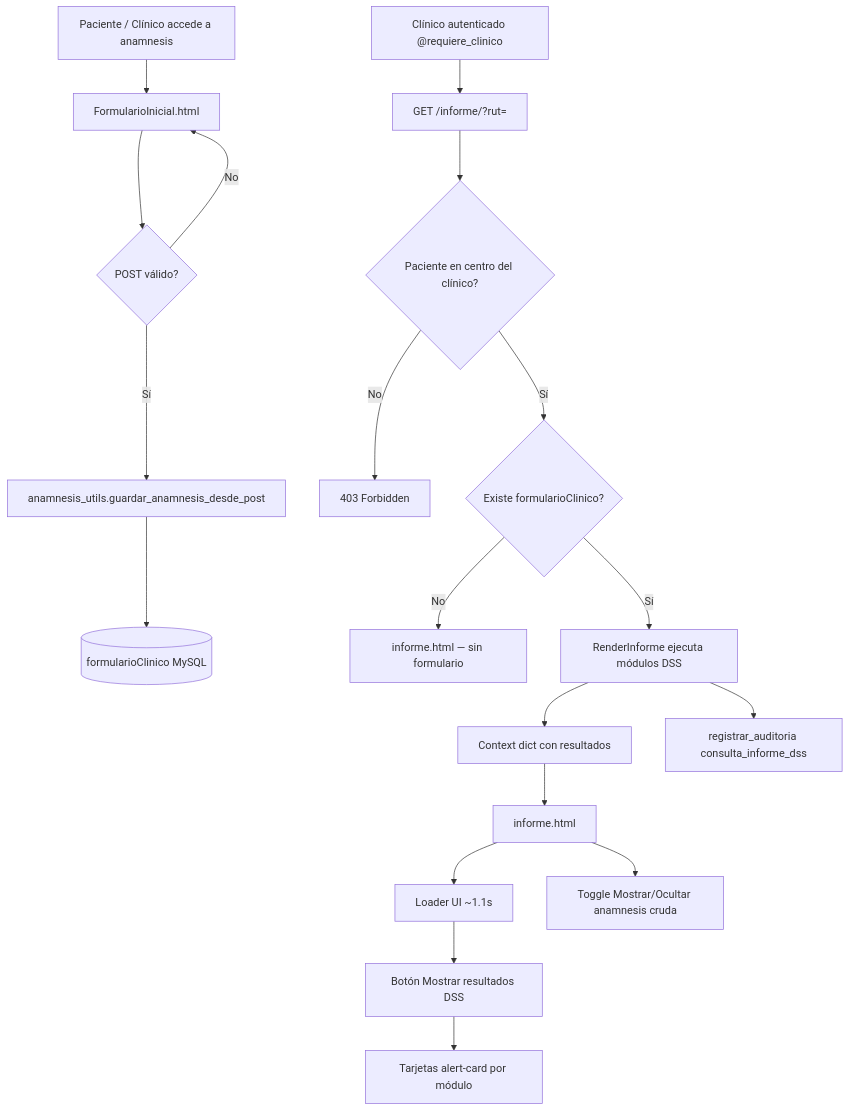
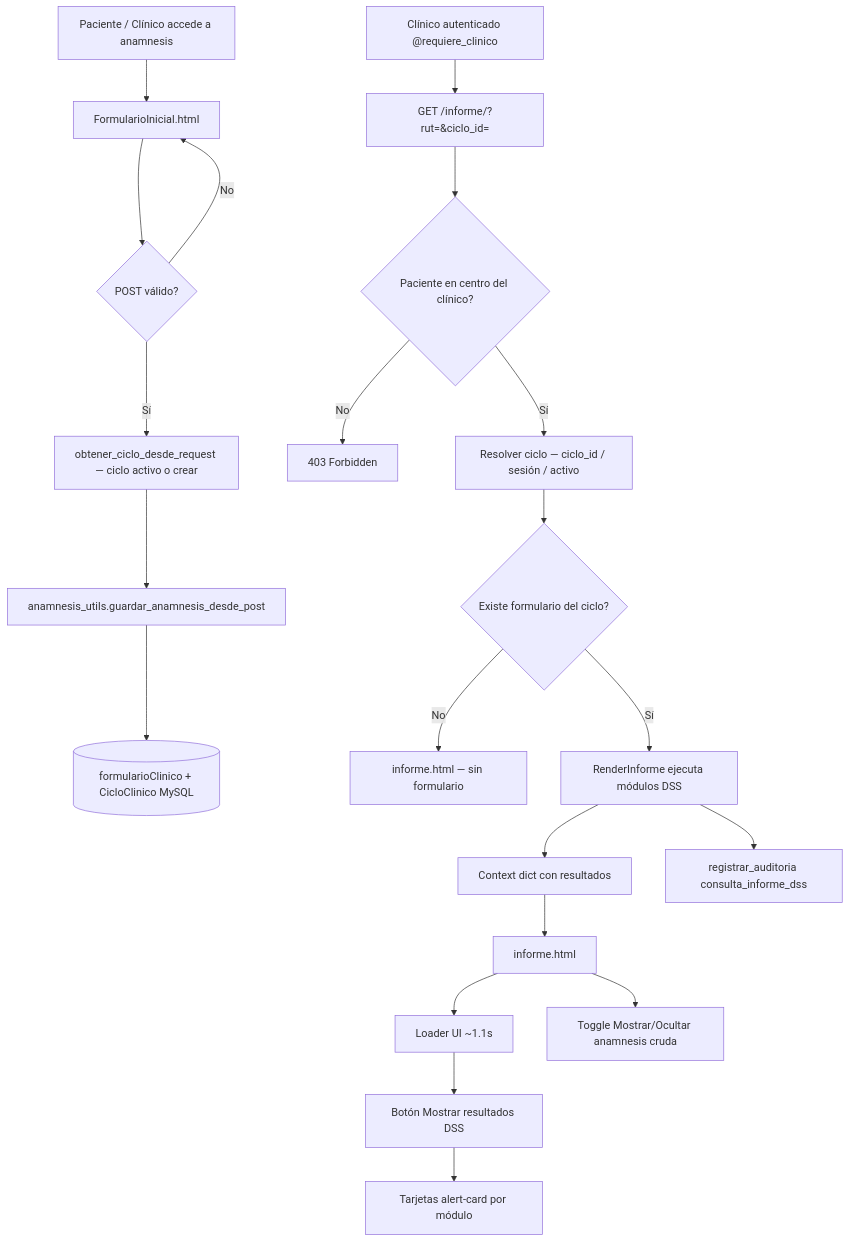
The first of 13 diagrams in documentacion/DSS-FLUJO-README.md (RazeZor/Sistema-kenkomed-django), drawn with Mermaid before and after one commit. The commit also changed other lines of this file and 66 other files, not shown here.

Commit message:
feat: integrate ciclo clinico functionality into patient forms and reports, allowing for enhanced tracking and management of clinical episodes, including updates to models, views, and templates for better user experience

````diff
--- a/documentacion/DSS-FLUJO-README.md
+++ b/documentacion/DSS-FLUJO-README.md
@@ -34,23 +35,25 @@
 ```mermaid
 flowchart TD
     A[Paciente / Clínico accede a anamnesis] --> B[FormularioInicial.html]
     B --> C{POST válido?}
     C -->|No| B
-    C -->|Sí| D[anamnesis_utils.guardar_anamnesis_desde_post]
-    D --> E[(formularioClinico MySQL)]
+    C -->|Sí| CC[obtener_ciclo_desde_request — ciclo activo o crear]
+    CC --> D[anamnesis_utils.guardar_anamnesis_desde_post]
+    D --> E[(formularioClinico + CicloClinico MySQL)]
     
-    F[Clínico autenticado @requiere_clinico] --> G[GET /informe/?rut=]
+    F[Clínico autenticado @requiere_clinico] --> G[GET /informe/?rut=&ciclo_id=]
     G --> H{Paciente en centro del clínico?}
     H -->|No| I[403 Forbidden]
-    H -->|Sí| J{Existe formularioClinico?}
+    H -->|Sí| CR[Resolver ciclo — ciclo_id / sesión / activo]
+    CR --> J{Existe formulario del ciclo?}
     J -->|No| K[informe.html — sin formulario]
     J -->|Sí| L[RenderInforme ejecuta módulos DSS]
     L --> M[Context dict con resultados]
     M --> N[informe.html]
     N --> O[Loader UI ~1.1s]
     O --> P[Botón Mostrar resultados DSS]
     P --> Q[Tarjetas alert-card por módulo]
     N --> R[Toggle Mostrar/Ocultar anamnesis cruda]
     
     L --> S[registrar_auditoria consulta_informe_dss]
 ```
````
